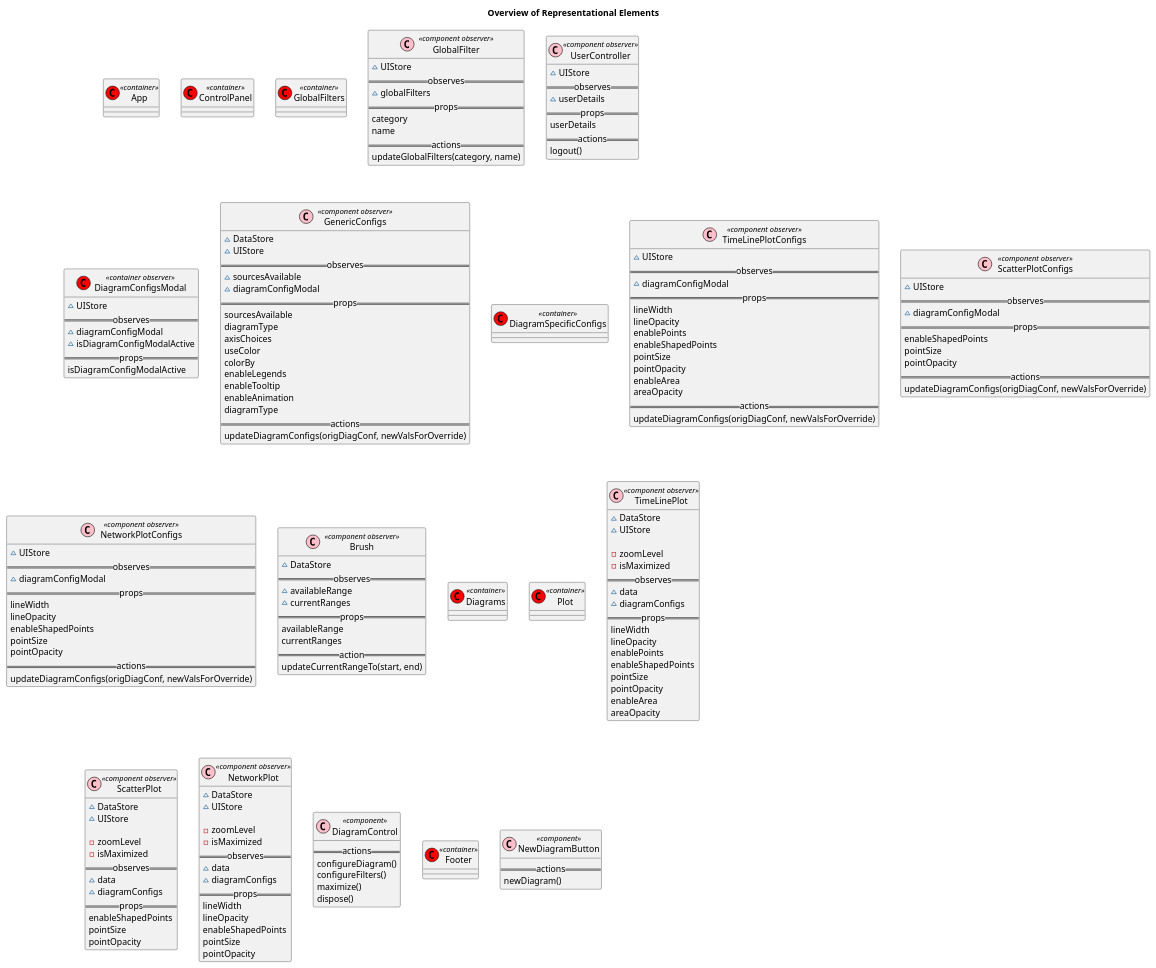
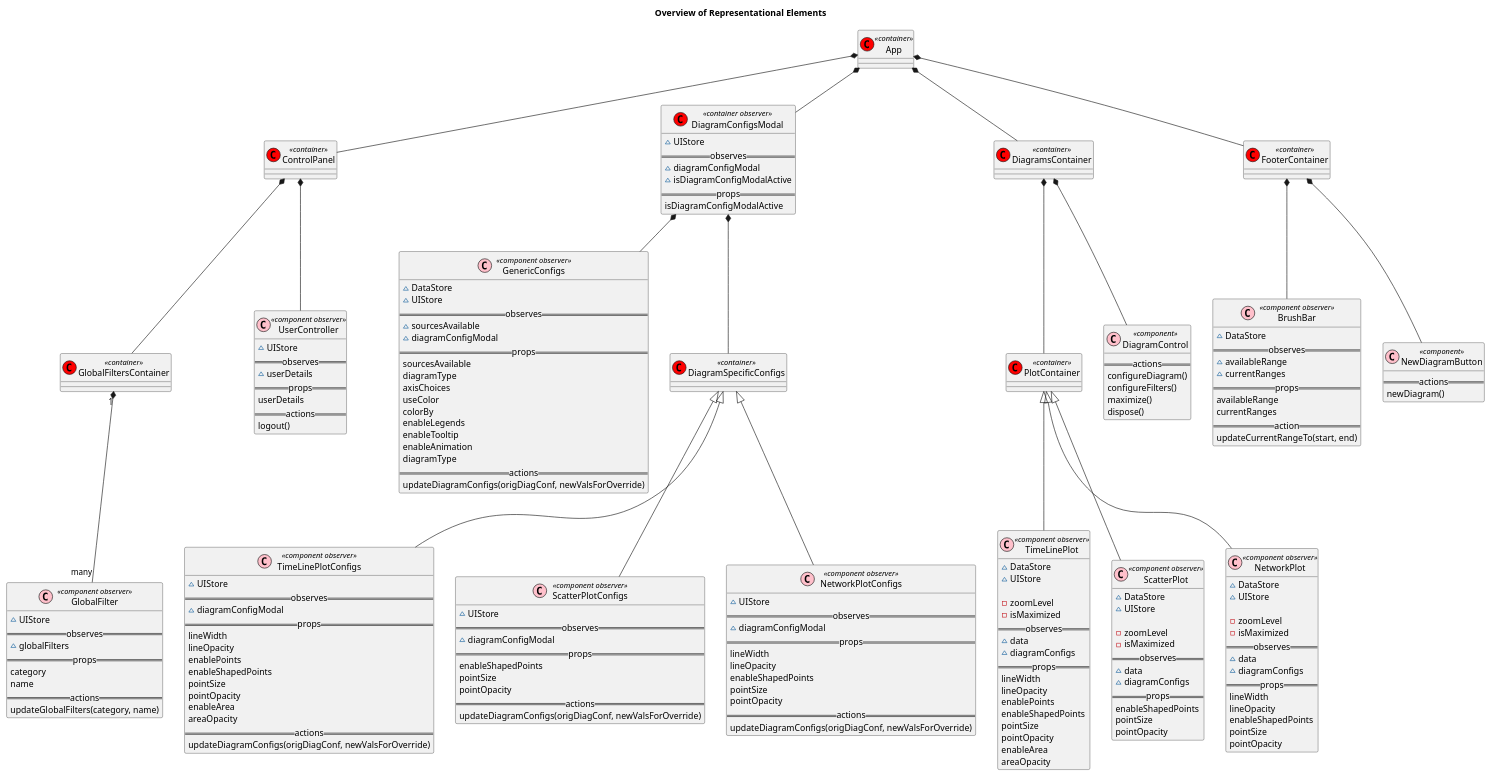
One commit to hexrcs/frontend-demo changed the diagram in docs/diagrams/src/overview.wsd. Above: the diagram before and after it, drawn with PlantUML.

Commit message:
Wire up everything

```diff
--- a/docs/diagrams/src/overview.wsd
+++ b/docs/diagrams/src/overview.wsd
@@ -7,7 +7,7 @@
 class ControlPanel << (C,red) container >> {
 }
 
-class GlobalFilters << (C,red) container >> {
+class GlobalFiltersContainer << (C,red) container >> {
 }
 
 class GlobalFilter << (C,pink) component observer >> {
@@ -106,22 +106,10 @@
   updateDiagramConfigs(origDiagConf, newValsForOverride)
 }
 
-class Brush << (C,pink) component observer >> {
-  ~ DataStore
-  ==observes==
-  ~ availableRange
-  ~ currentRanges
-  ==props==
-  availableRange
-  currentRanges
-  ==action==
-  updateCurrentRangeTo(start, end)
+class DiagramsContainer << (C,red) container >> {
 }
 
-class Diagrams << (C,red) container >> {
-}
-
-class Plot << (C,red) container >> {
+class PlotContainer << (C,red) container >> {
 }
 
 class TimeLinePlot  << (C,pink) component observer >> {
@@ -184,7 +172,19 @@
   dispose()
 }
 
-class Footer << (C,red) container >> {
+class FooterContainer << (C,red) container >> {
+}
+
+class BrushBar << (C,pink) component observer >> {
+  ~ DataStore
+  ==observes==
+  ~ availableRange
+  ~ currentRanges
+  ==props==
+  availableRange
+  currentRanges
+  ==action==
+  updateCurrentRangeTo(start, end)
 }
 
 class NewDiagramButton << (C,pink) component >> {
@@ -192,4 +192,30 @@
   newDiagram()
 }
 
+' Now the relationship part
+
+App *-- DiagramConfigsModal
+App *-- ControlPanel
+App *-- DiagramsContainer
+App *-- FooterContainer
+
+ControlPanel *-- GlobalFiltersContainer
+GlobalFiltersContainer "1" *-- "many" GlobalFilter
+ControlPanel *-- UserController
+
+DiagramConfigsModal *-- GenericConfigs
+DiagramConfigsModal *-- DiagramSpecificConfigs
+DiagramSpecificConfigs <|-- TimeLinePlotConfigs
+DiagramSpecificConfigs <|-- ScatterPlotConfigs
+DiagramSpecificConfigs <|-- NetworkPlotConfigs
+
+DiagramsContainer *-- PlotContainer
+PlotContainer <|-- TimeLinePlot
+PlotContainer <|-- ScatterPlot
+PlotContainer <|-- NetworkPlot
+DiagramsContainer *-- DiagramControl
+
+FooterContainer *-- BrushBar
+FooterContainer *-- NewDiagramButton
+
 @enduml
```
